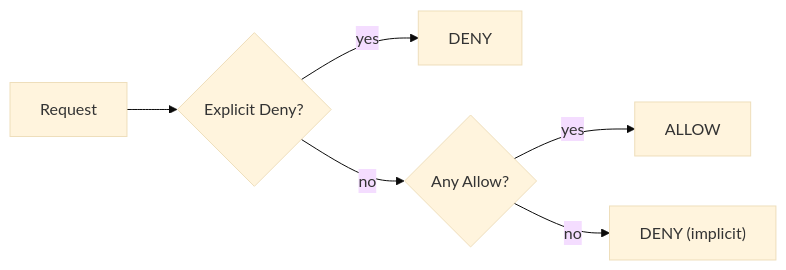
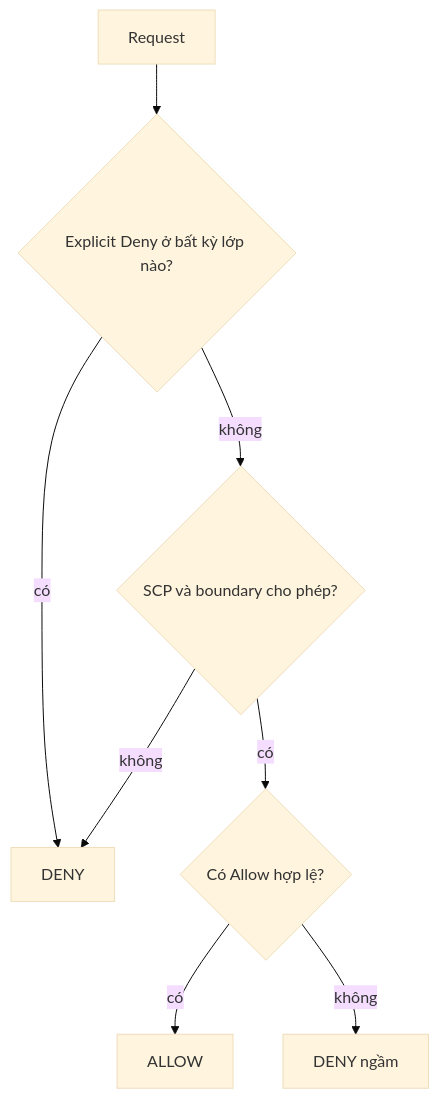
Before and after one commit to passion-Infinity/personal-tech-playbook: the diagram in src/assets/knowledge/playbooks/aws/iam-fundamentals.md, drawn with Mermaid (base theme). The commit also changed other lines of this file and 9 other files, not shown here.

First line of the commit message:
Deep-dive rewrite: IAM, S3 security/versioning/storage/performance, EC2 pricing; validator accepts 300-1100 words and flags missing diagrams

````diff
--- a/src/assets/knowledge/playbooks/aws/iam-fundamentals.md
+++ b/src/assets/knowledge/playbooks/aws/iam-fundamentals.md
@@ -32,8 +39,10 @@
 ```mermaid
-flowchart LR
-    R[Request] --> D{Explicit Deny?}
-    D -- yes --> X[DENY]
-    D -- no --> A{Any Allow?}
-    A -- yes --> OK[ALLOW]
-    A -- no --> X2["DENY (implicit)"]
+flowchart TD
+    R[Request] --> D{Explicit Deny ở bất kỳ lớp nào?}
+    D -->|có| X[DENY]
+    D -->|không| B{SCP và boundary cho phép?}
+    B -->|không| X
+    B -->|có| A{Có Allow hợp lệ?}
+    A -->|có| OK[ALLOW]
+    A -->|không| X2[DENY ngầm]
 ```
````
